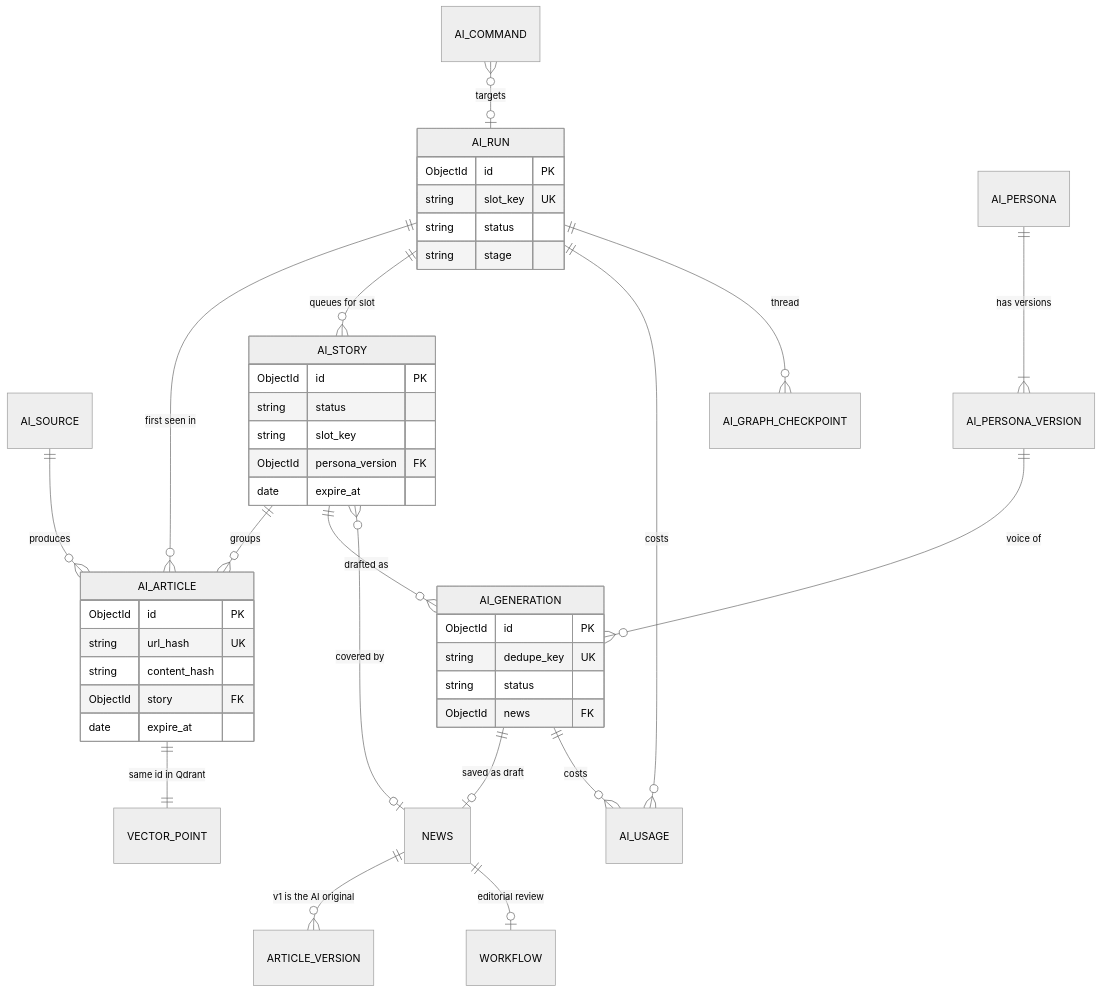
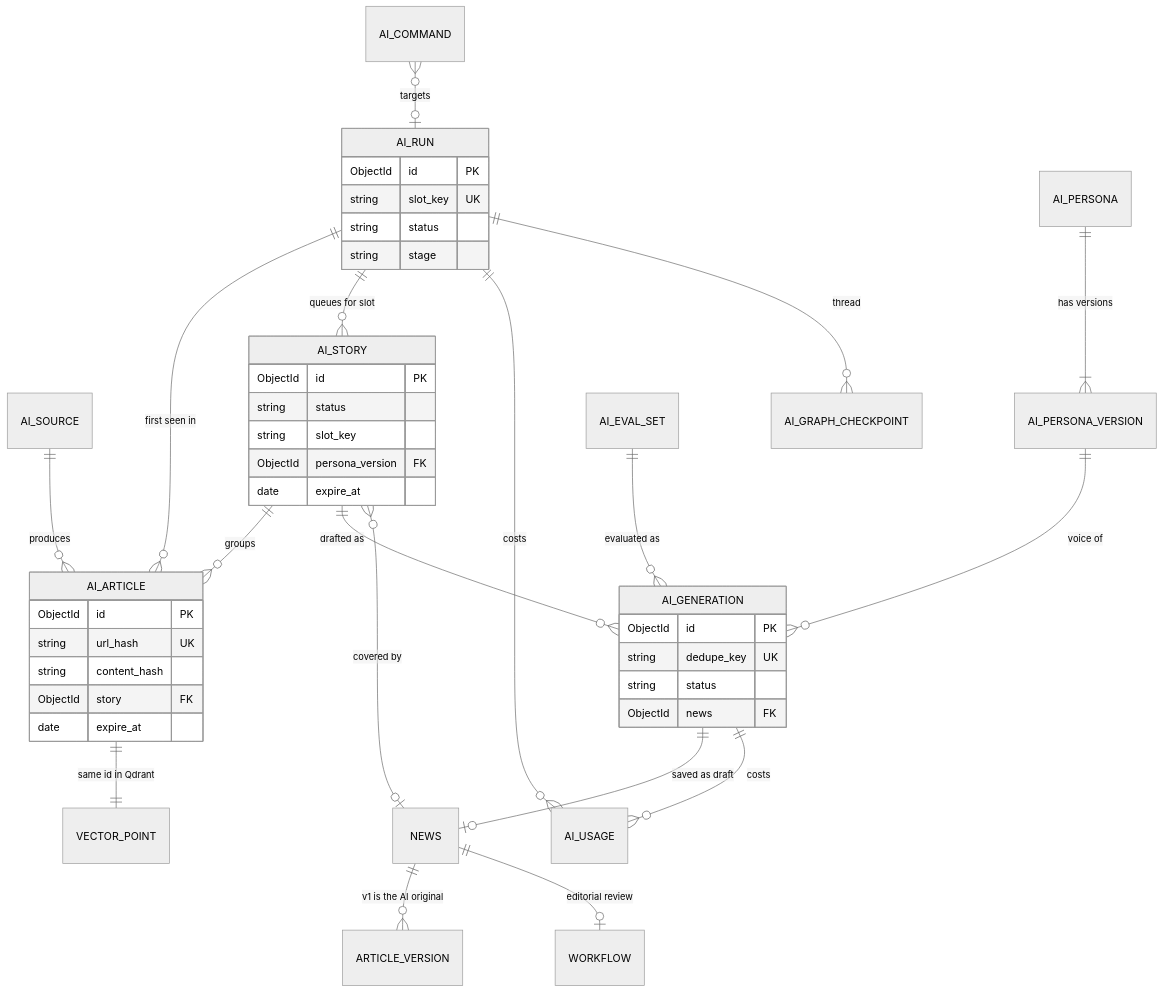
One commit to foysalahmedmin/z-news changed diagram 14 of 20 in docs/ai-news-automation-plan.md. Above: the diagram before and after it, drawn with Mermaid (neutral theme). The commit also changed other lines of this file, not shown here.

````diff
--- a/docs/ai-news-automation-plan.md
+++ b/docs/ai-news-automation-plan.md
@@ -998,45 +1011,46 @@
 ```mermaid
 erDiagram
     AI_SOURCE ||--o{ AI_ARTICLE : produces
     AI_RUN ||--o{ AI_ARTICLE : "first seen in"
     AI_STORY ||--o{ AI_ARTICLE : groups
     AI_RUN ||--o{ AI_STORY : "queues for slot"
     AI_STORY ||--o{ AI_GENERATION : "drafted as"
     AI_PERSONA ||--|{ AI_PERSONA_VERSION : "has versions"
     AI_PERSONA_VERSION ||--o{ AI_GENERATION : "voice of"
     AI_GENERATION ||--o| NEWS : "saved as draft"
     AI_STORY }o--o| NEWS : "covered by"
     AI_RUN ||--o{ AI_USAGE : costs
     AI_GENERATION ||--o{ AI_USAGE : costs
     AI_RUN ||--o{ AI_GRAPH_CHECKPOINT : "thread"
     AI_COMMAND }o--o| AI_RUN : targets
+    AI_EVAL_SET ||--o{ AI_GENERATION : "evaluated as"
     NEWS ||--o{ ARTICLE_VERSION : "v1 is the AI original"
     NEWS ||--o| WORKFLOW : "editorial review"
     AI_ARTICLE ||--|| VECTOR_POINT : "same id in Qdrant"
     AI_ARTICLE {
         ObjectId id PK
         string url_hash UK
         string content_hash
         ObjectId story FK
         date expire_at
     }
     AI_STORY {
         ObjectId id PK
         string status
         string slot_key
         ObjectId persona_version FK
         date expire_at
     }
     AI_GENERATION {
         ObjectId id PK
         string dedupe_key UK
         string status
         ObjectId news FK
     }
     AI_RUN {
         ObjectId id PK
         string slot_key UK
         string status
         string stage
     }
 ```
````
